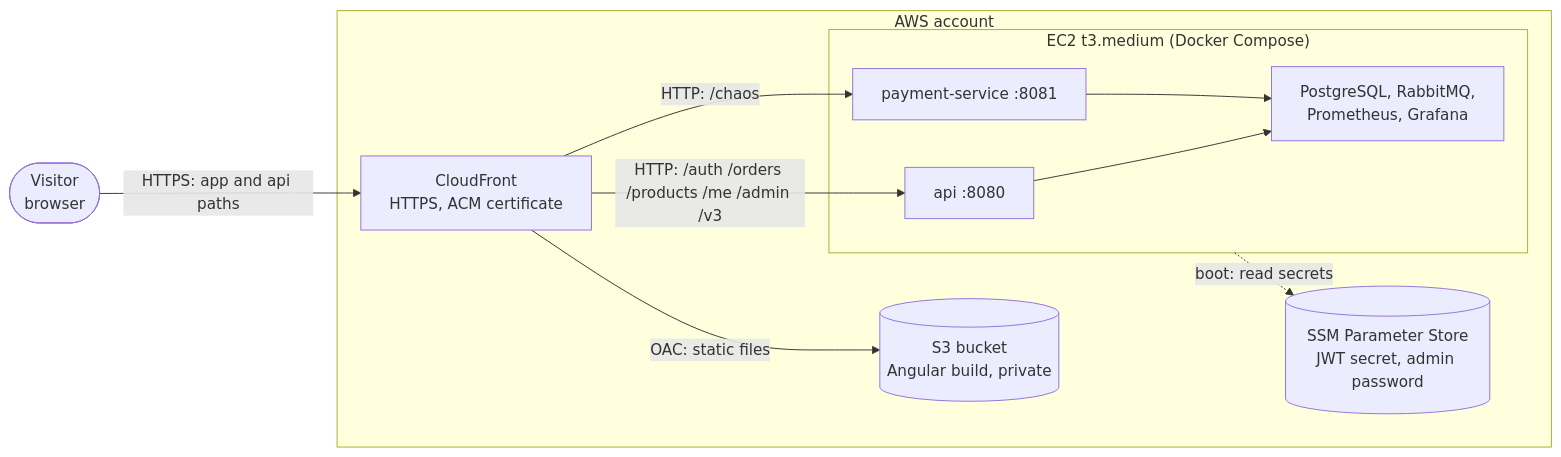
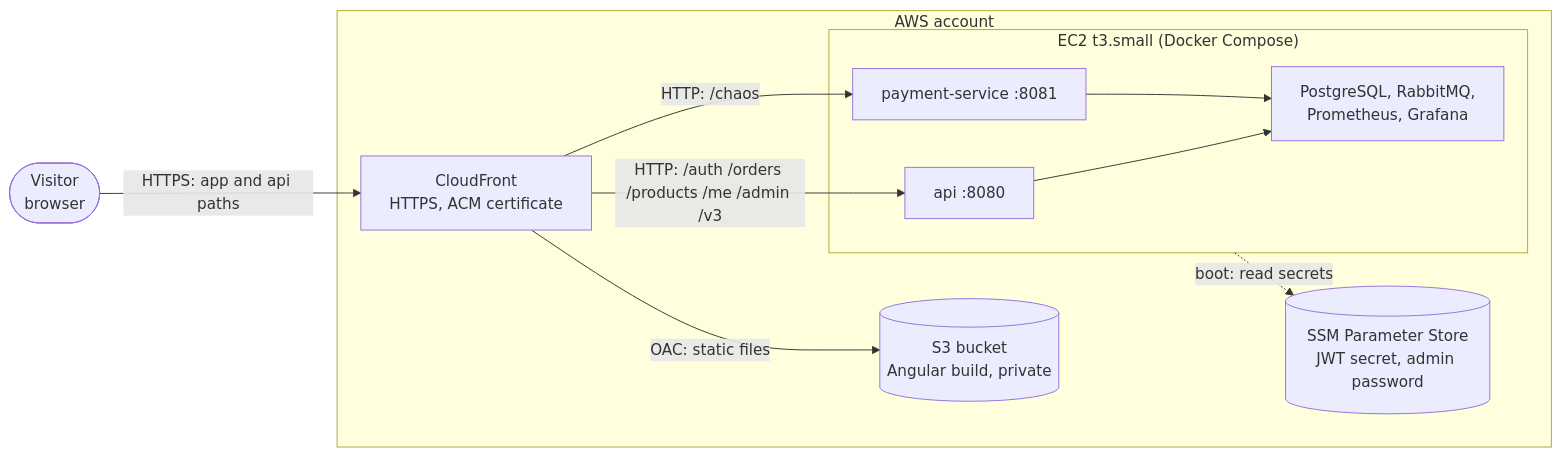
Before and after one commit to Serg-Ale/stockrush: the fourth of 4 diagrams in docs/architecture.md, drawn with Mermaid. The commit also changed other lines of this file and 6 other files, not shown here.

````diff
--- a/docs/architecture.md
+++ b/docs/architecture.md
@@ -148,23 +148,23 @@
 ```mermaid
 flowchart LR
     visitor(["Visitor<br/>browser"])
 
     subgraph aws["AWS account"]
         cf["CloudFront<br/>HTTPS, ACM certificate"]
         s3[("S3 bucket<br/>Angular build, private")]
-        subgraph ec2["EC2 t3.medium (Docker Compose)"]
+        subgraph ec2["EC2 t3.small (Docker Compose)"]
             api["api :8080"]
             pay["payment-service :8081"]
             infra["PostgreSQL, RabbitMQ,<br/>Prometheus, Grafana"]
         end
         ssm[("SSM Parameter Store<br/>JWT secret, admin password")]
     end
 
     visitor -->|"HTTPS: app and api paths"| cf
     cf -->|"OAC: static files"| s3
     cf -->|"HTTP: /auth /orders /products /me /admin /v3"| api
     cf -->|"HTTP: /chaos"| pay
     api --> infra
     pay --> infra
     ec2 -.->|"boot: read secrets"| ssm
 ```
````
